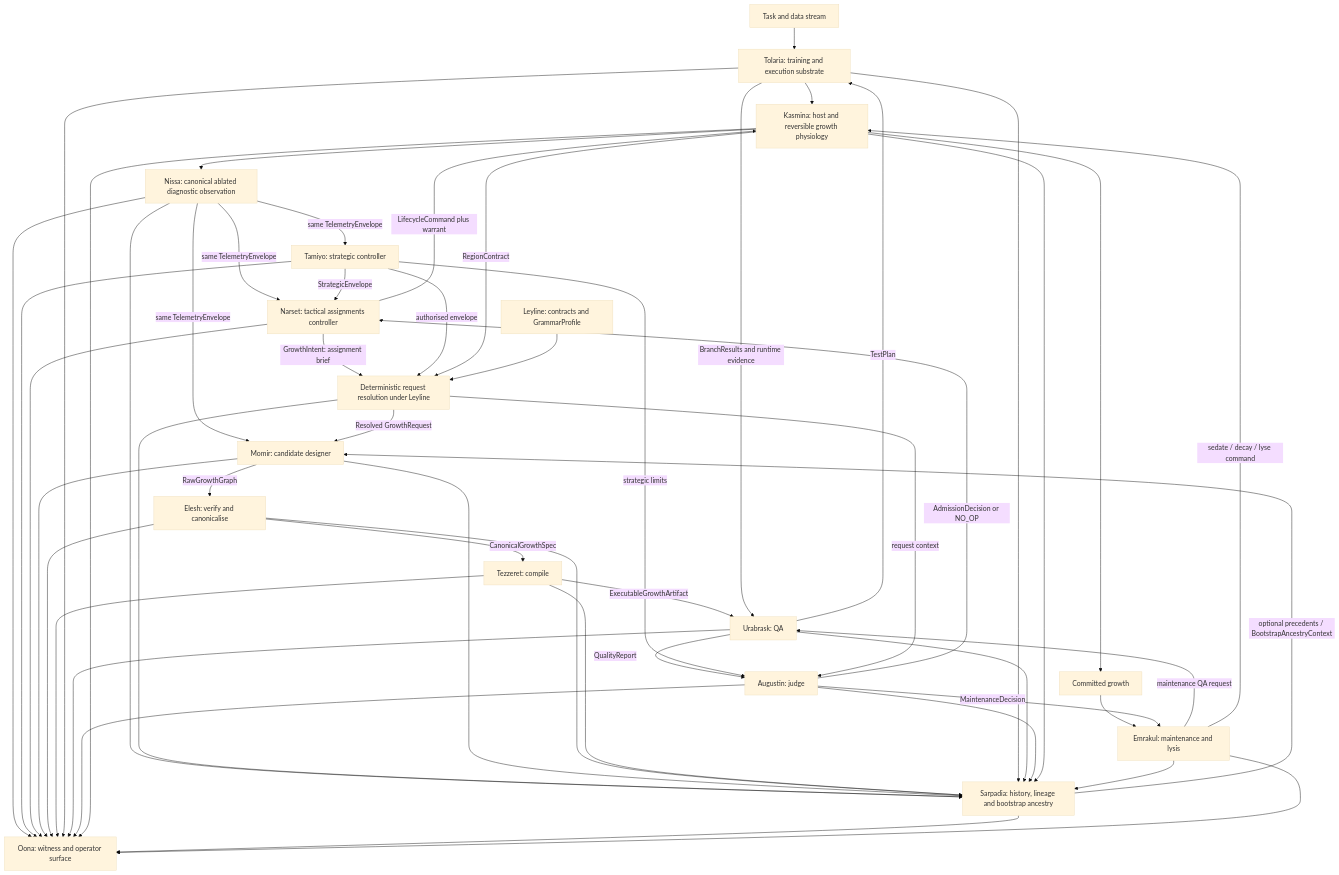
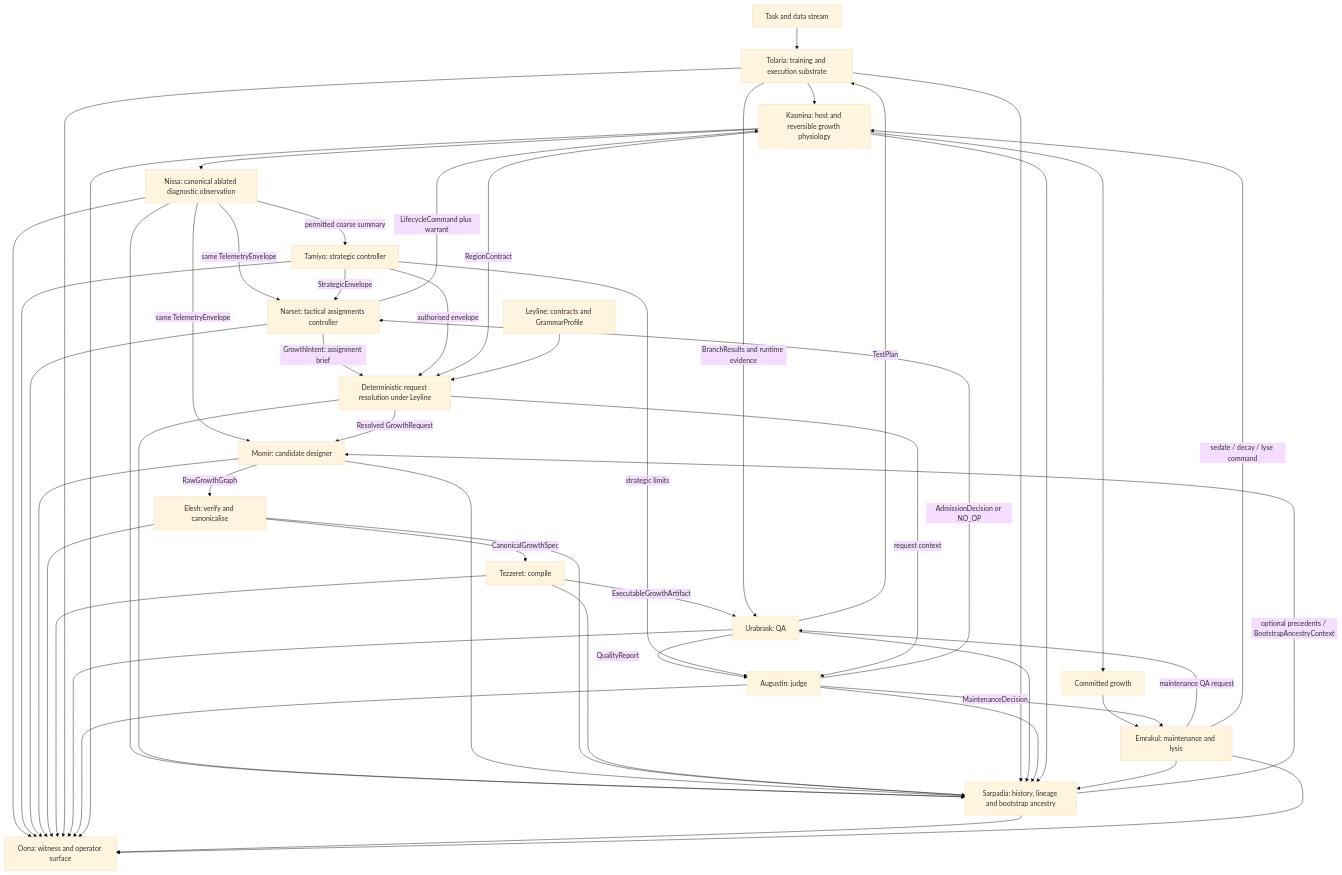
Before and after one commit to foundryside-dev/simic: the diagram in docs/design/04-architecture.md, drawn with Mermaid (base theme). The commit also changed other lines of this file and 15 other files, not shown here.

````diff
--- a/docs/design/04-architecture.md
+++ b/docs/design/04-architecture.md
@@ -36,61 +36,61 @@
 ```mermaid
 flowchart TD
     DATA[Task and data stream] --> TOL[Tolaria: training and execution substrate]
     TOL --> K[Kasmina: host and reversible growth physiology]
     K --> N[Nissa: canonical ablated diagnostic observation]
 
-    N -->|same TelemetryEnvelope| TAM[Tamiyo: strategic controller]
+    N -->|permitted coarse summary| TAM[Tamiyo: strategic controller]
     N -->|same TelemetryEnvelope| NAR[Narset: tactical assignments controller]
     N -->|same TelemetryEnvelope| MOM[Momir: candidate designer]
     TAM -->|StrategicEnvelope| NAR
 
     NAR -->|GrowthIntent: assignment brief| RES[Deterministic request resolution under Leyline]
     TAM -->|authorised envelope| RES
     K -->|RegionContract| RES
     LEY[Leyline: contracts and GrammarProfile] --> RES
     RES -->|Resolved GrowthRequest| MOM
 
     SAR[Sarpadia: history, lineage and bootstrap ancestry] -->|optional precedents / BootstrapAncestryContext| MOM
     MOM -->|RawGrowthGraph| EL[Elesh: verify and canonicalise]
     EL -->|CanonicalGrowthSpec| TEZ[Tezzeret: compile]
     TEZ -->|ExecutableGrowthArtifact| URA[Urabrask: QA]
 
     URA -->|TestPlan| TOL
     TOL -->|BranchResults and runtime evidence| URA
     URA -->|QualityReport| AUG[Augustin: judge]
 
     TAM -->|strategic limits| AUG
     RES -->|request context| AUG
     AUG -->|AdmissionDecision or NO_OP| NAR
     NAR -->|LifecycleCommand plus warrant| K
 
     K --> COM[Committed growth]
     COM --> EM[Emrakul: maintenance and lysis]
     EM -->|maintenance QA request| URA
     AUG -->|MaintenanceDecision| EM
     EM -->|sedate / decay / lyse command| K
 
     N --> SAR
     RES --> SAR
     MOM --> SAR
     EL --> SAR
     TEZ --> SAR
     TOL --> SAR
     URA --> SAR
     AUG --> SAR
     K --> SAR
     EM --> SAR
 
     N --> O[Oona: witness and operator surface]
     TAM --> O
     NAR --> O
     MOM --> O
     EL --> O
     TEZ --> O
     TOL --> O
     URA --> O
     AUG --> O
     K --> O
     SAR --> O
     EM --> O
 ```
````
